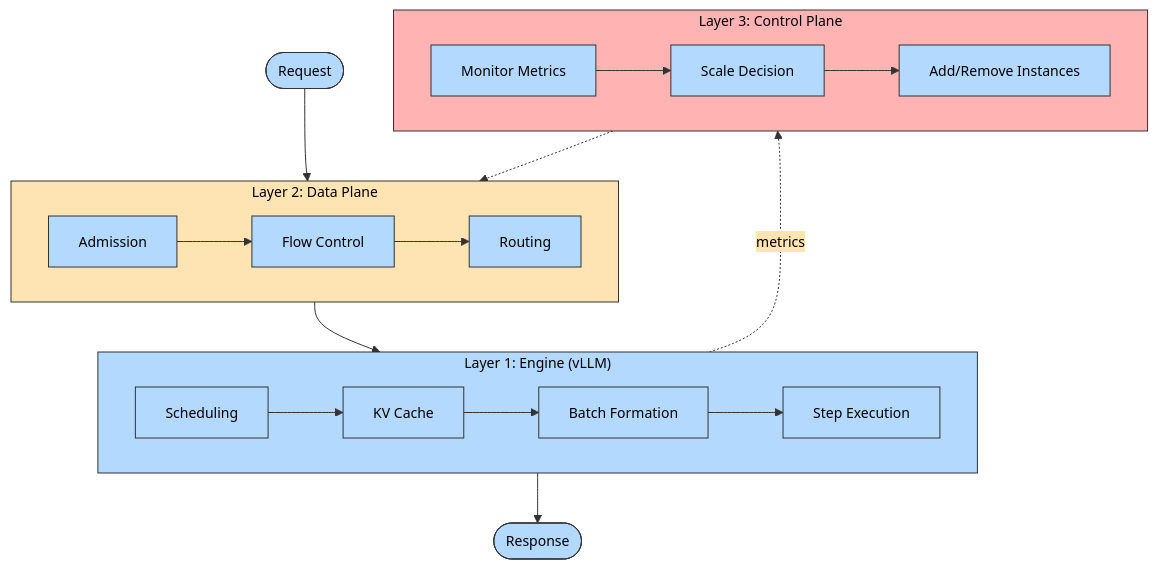
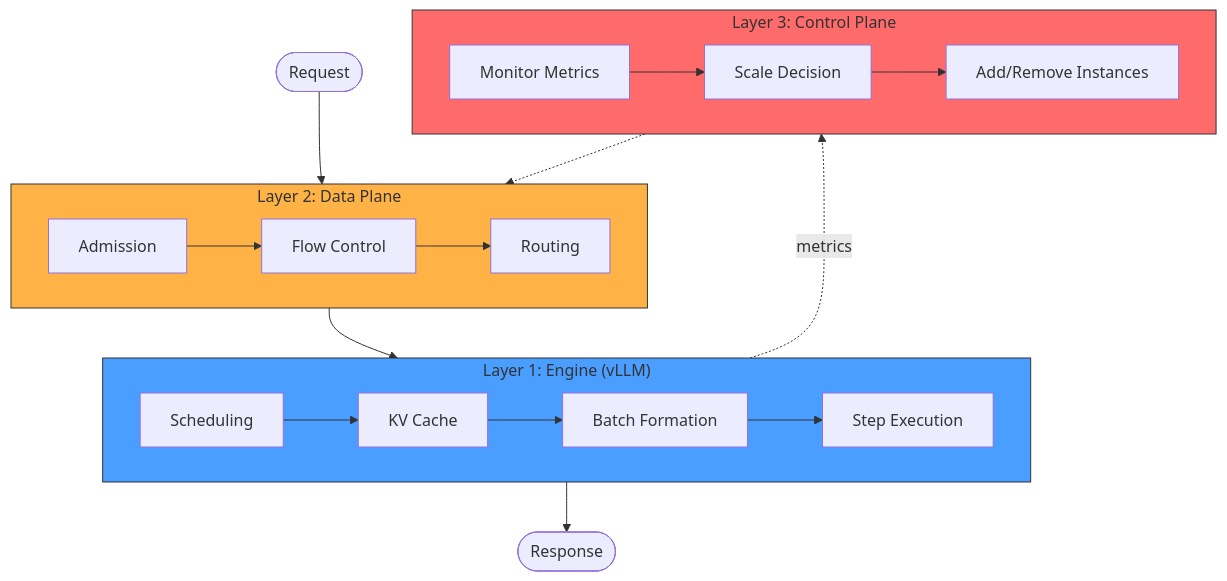
One commit to inference-sim/inference-sim changed the diagram in docs/blog/posts/building-trust-physics-of-simulation.md. Above: the diagram before and after it, drawn with Mermaid.

Commit message:
fix(blog): remove theme init forcing black text, use darker backgrounds for visibility in both modes

````diff
--- a/docs/blog/posts/building-trust-physics-of-simulation.md
+++ b/docs/blog/posts/building-trust-physics-of-simulation.md
@@ -39,35 +39,34 @@
 ```mermaid
-%%{init: {'theme':'base', 'themeVariables': { 'primaryColor':'#b3d9ff','primaryTextColor':'#000','primaryBorderColor':'#333','secondaryColor':'#ffe4b3','tertiaryColor':'#ffb3b3','lineColor':'#333','textColor':'#000','fontSize':'14px'}}}%%
 flowchart TB
     subgraph Layer1["Layer 1: Engine (vLLM)"]
         Sched[Scheduling]
         KV[KV Cache]
         Batch[Batch Formation]
         Step[Step Execution]
         Sched --> KV --> Batch --> Step
     end
 
     subgraph Layer2["Layer 2: Data Plane"]
         Admit[Admission]
         Route[Routing]
         Flow[Flow Control]
         Admit --> Flow --> Route
     end
 
     subgraph Layer3["Layer 3: Control Plane"]
         Monitor[Monitor Metrics]
         Decide[Scale Decision]
         Actuate[Add/Remove Instances]
         Monitor --> Decide --> Actuate
     end
 
     Request([Request]) --> Layer2
     Layer2 --> Layer1
     Layer1 --> Response([Response])
     Layer3 -.-> Layer2
     Layer1 -.->|metrics| Layer3
 
-    style Layer1 fill:#b3d9ff,stroke:#333,color:#000
-    style Layer2 fill:#ffe4b3,stroke:#333,color:#000
-    style Layer3 fill:#ffb3b3,stroke:#333,color:#000
+    style Layer1 fill:#4a9eff,stroke:#333
+    style Layer2 fill:#ffb347,stroke:#333
+    style Layer3 fill:#ff6b6b,stroke:#333
 ```
````
